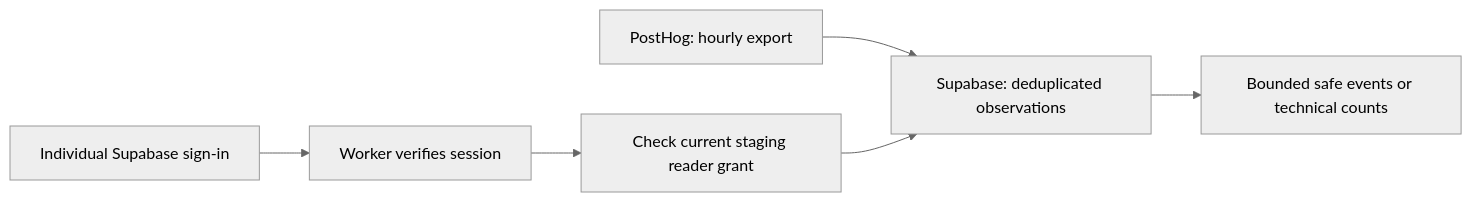
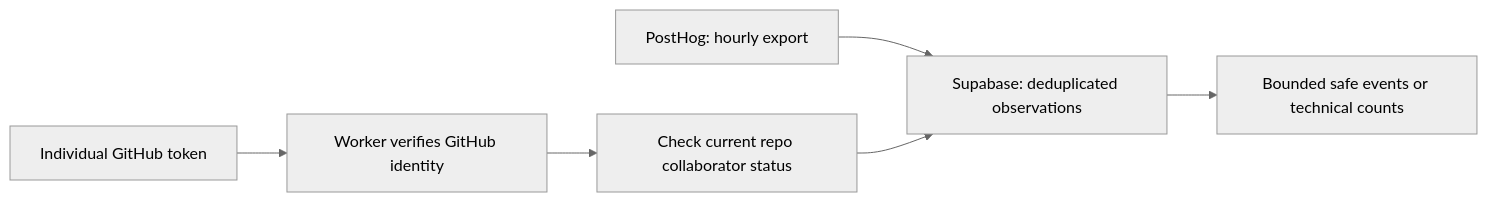
The diagram in docs/team-data-access.md (myler71/peekaplate), drawn with Mermaid (neutral theme) before and after one commit. The commit also changed other lines of this file and 16 other files, not shown here.

````diff
--- a/docs/team-data-access.md
+++ b/docs/team-data-access.md
@@ -7,8 +9,8 @@
 ```mermaid
 flowchart LR
-  LOGIN["Individual Supabase sign-in"] --> API["Worker verifies session"]
-  API --> GRANT["Check current staging reader grant"]
+  LOGIN["Individual GitHub token"] --> API["Worker verifies GitHub identity"]
+  API --> GRANT["Check current repo collaborator status"]
   PH["PostHog: hourly export"] --> DB["Supabase: deduplicated observations"]
   GRANT --> DB
   DB --> SAFE["Bounded safe events or technical counts"]
 ```
````
